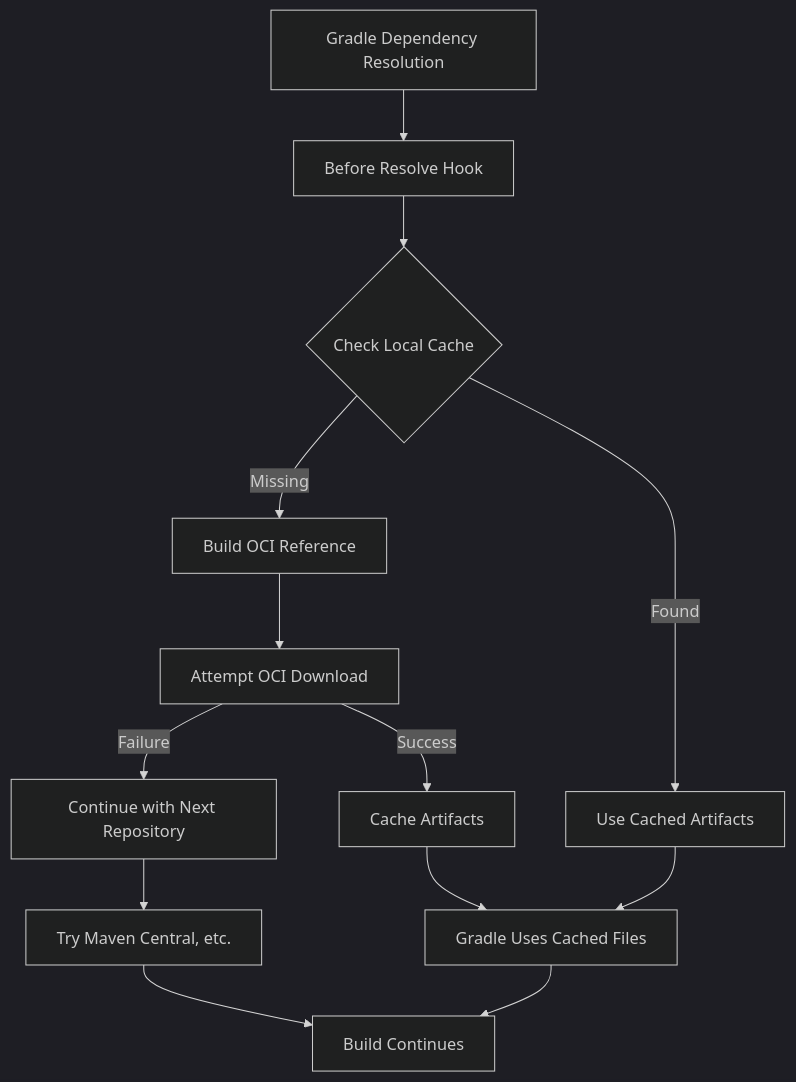
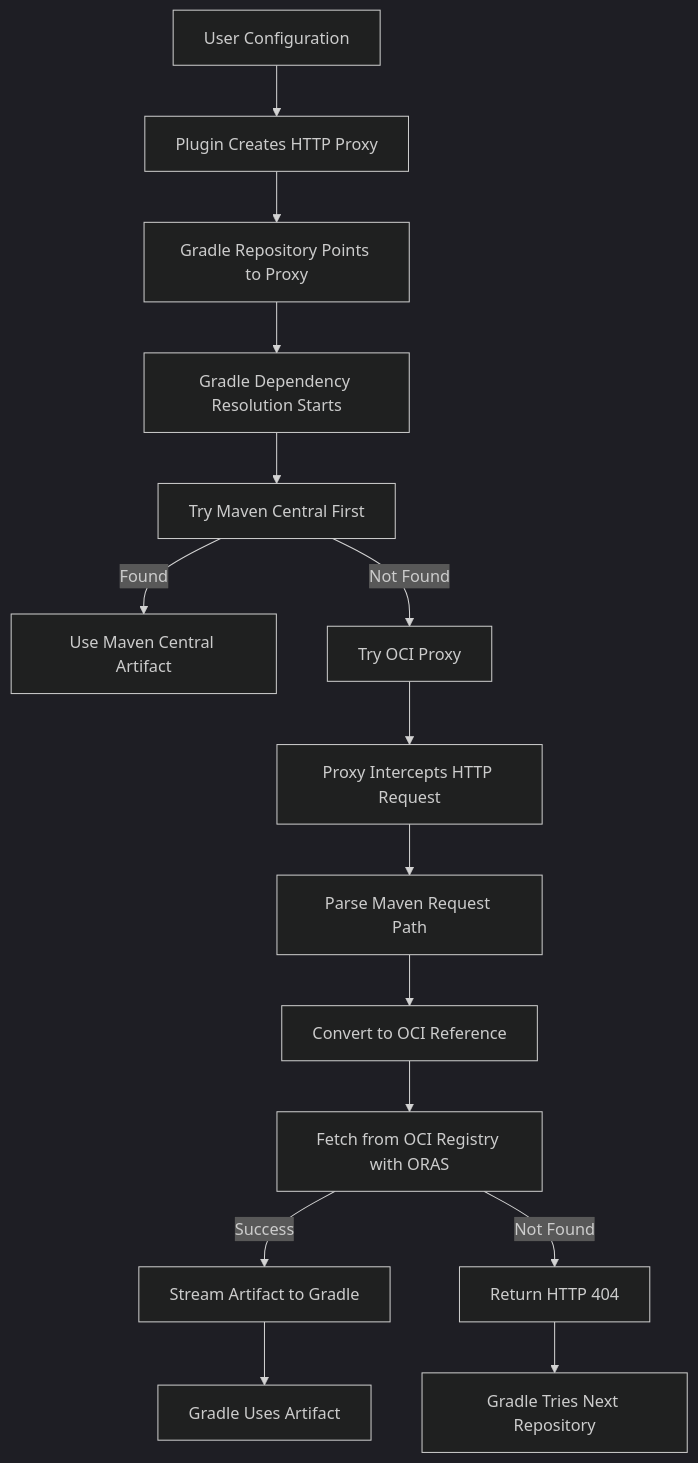
The diagram in README.md (seqeralabs/maven-oci-publish), drawn with Mermaid (dark theme) before and after one commit. The commit also changed other lines of this file and 7 other files, not shown here.

First line of the commit message:
Implement HTTP proxy architecture for OCI repository resolution

````diff
--- a/README.md
+++ b/README.md
@@ -290,15 +292,17 @@
 ```mermaid
 graph TD
-    A[Gradle Dependency Resolution] --> B[Before Resolve Hook]
-    B --> C{Check Local Cache}
-    C -->|Found| D[Use Cached Artifacts]
-    C -->|Missing| E[Build OCI Reference]
-    E --> F[Attempt OCI Download]
-    F -->|Success| G[Cache Artifacts]
-    F -->|Failure| H[Continue with Next Repository]
-    G --> I[Gradle Uses Cached Files]
-    H --> J[Try Maven Central, etc.]
-    D --> I
-    J --> K[Build Continues]
-    I --> K
+    A[User Configuration] --> B[Plugin Creates HTTP Proxy]
+    B --> C[Gradle Repository Points to Proxy]
+    C --> D[Gradle Dependency Resolution Starts]
+    D --> E[Try Maven Central First]
+    E -->|Found| F[Use Maven Central Artifact]
+    E -->|Not Found| G[Try OCI Proxy]
+    G --> H[Proxy Intercepts HTTP Request]
+    H --> I[Parse Maven Request Path]
+    I --> J[Convert to OCI Reference]
+    J --> K[Fetch from OCI Registry with ORAS]
+    K -->|Success| L[Stream Artifact to Gradle]
+    K -->|Not Found| M[Return HTTP 404]
+    L --> N[Gradle Uses Artifact]
+    M --> O[Gradle Tries Next Repository]
 ```
````
